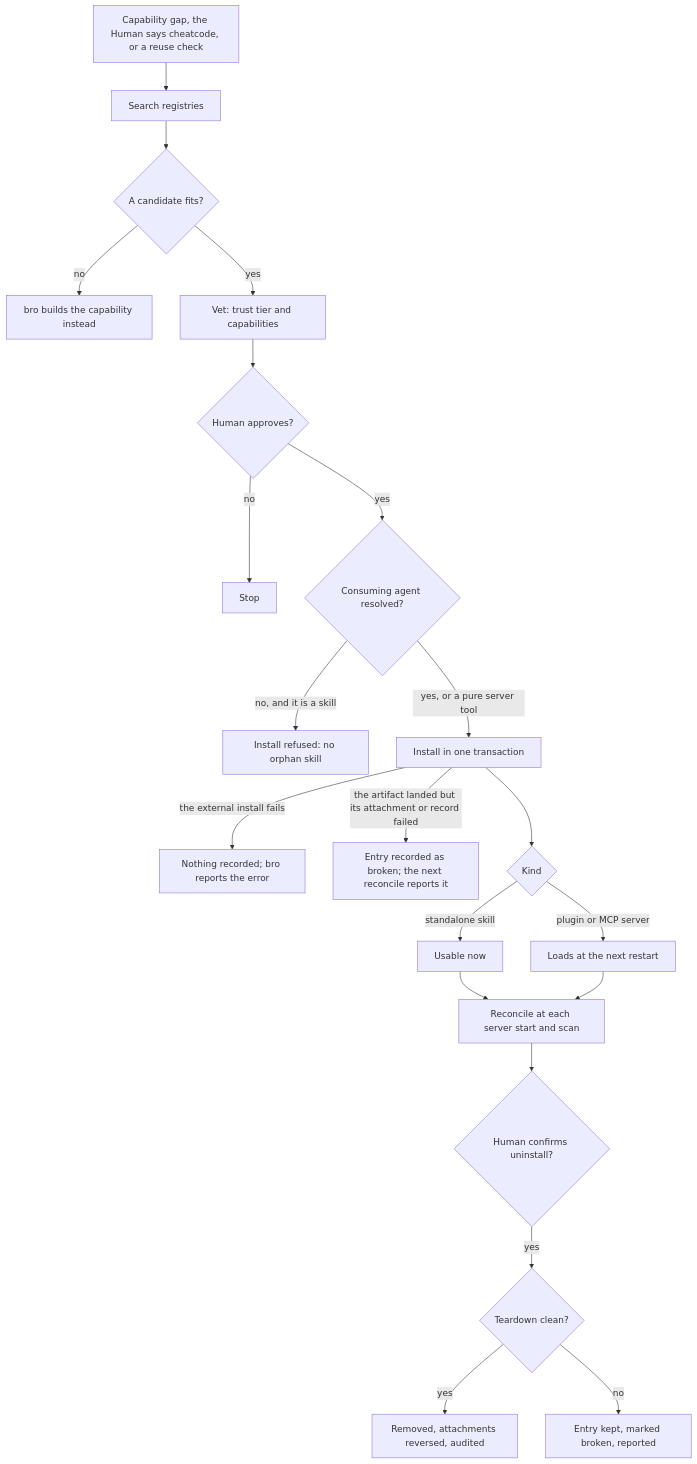
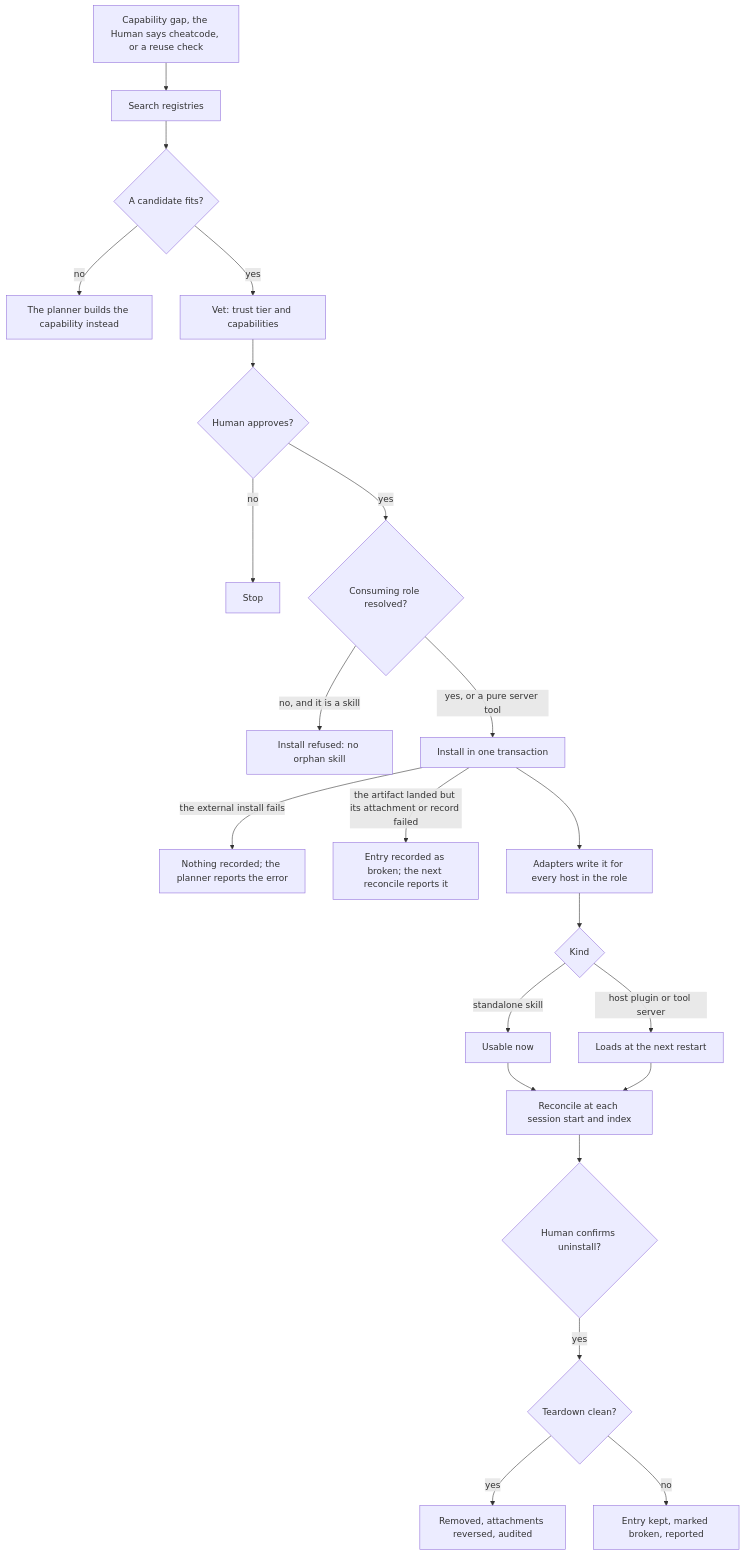
One commit to trustmybot/tmb changed the first of 2 diagrams in docs/architecture/CHEATCODES.md. Above: the diagram before and after it, drawn with Mermaid. The commit also changed other lines of this file and 38 other files, not shown here.

````diff
--- a/docs/architecture/CHEATCODES.md
+++ b/docs/architecture/CHEATCODES.md
@@ -21,23 +21,24 @@
 ```mermaid
 flowchart TD
-    A[Capability gap, the Human says cheatcode, or a reuse check] --> S[Search registries]
+    A["Capability gap, the Human says cheatcode, or a reuse check"] --> S[Search registries]
     S --> F{A candidate fits?}
-    F -- no --> B[bro builds the capability instead]
-    F -- yes --> V[Vet: trust tier and capabilities]
+    F -- no --> B[The planner builds the capability instead]
+    F -- yes --> V["Vet: trust tier and capabilities"]
     V --> H{Human approves?}
     H -- no --> Z[Stop]
-    H -- yes --> T{Consuming agent resolved?}
-    T -- no, and it is a skill --> X[Install refused: no orphan skill]
-    T -- yes, or a pure server tool --> I[Install in one transaction]
-    I -- the external install fails --> N[Nothing recorded; bro reports the error]
-    I -- the artifact landed but its attachment or record failed --> O[Entry recorded as broken; the next reconcile reports it]
-    I --> K{Kind}
+    H -- yes --> T{Consuming role resolved?}
+    T -- "no, and it is a skill" --> X["Install refused: no orphan skill"]
+    T -- "yes, or a pure server tool" --> I[Install in one transaction]
+    I -- the external install fails --> N["Nothing recorded; the planner reports the error"]
+    I -- "the artifact landed but its attachment or record failed" --> O["Entry recorded as broken; the next reconcile reports it"]
+    I --> W[Adapters write it for every host in the role]
+    W --> K{Kind}
     K -- standalone skill --> U[Usable now]
-    K -- plugin or MCP server --> R[Loads at the next restart]
-    U --> C[Reconcile at each server start and scan]
+    K -- host plugin or tool server --> R[Loads at the next restart]
+    U --> C[Reconcile at each session start and index]
     R --> C
     C --> D{Human confirms uninstall?}
     D -- yes --> E{Teardown clean?}
-    E -- yes --> G[Removed, attachments reversed, audited]
-    E -- no --> M[Entry kept, marked broken, reported]
+    E -- yes --> G["Removed, attachments reversed, audited"]
+    E -- no --> M["Entry kept, marked broken, reported"]
 ```
````
